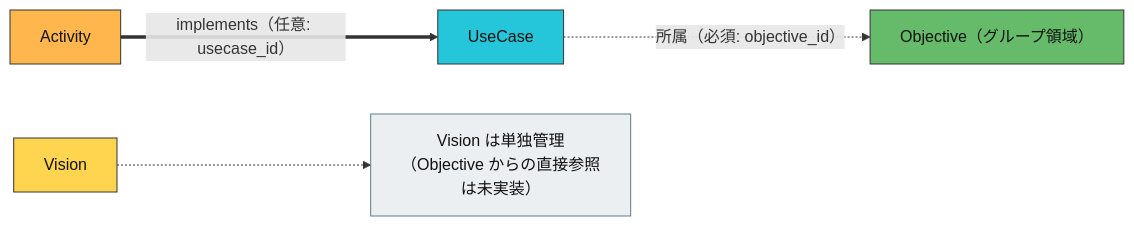
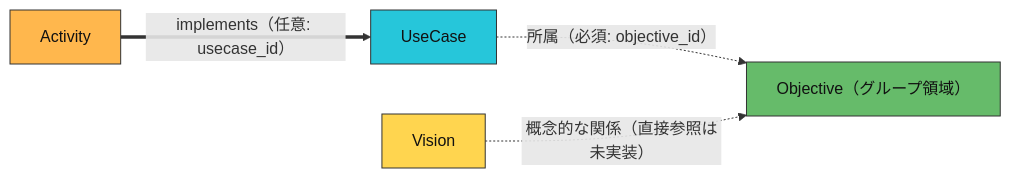
Before and after one commit to biwakonbu/zeus: the diagram in docs/system-design.md, drawn with Mermaid. The commit also changed other lines of this file and 5 other files, not shown here.

````diff
--- a/docs/system-design.md
+++ b/docs/system-design.md
@@ -76,18 +78,16 @@
 ```mermaid
 flowchart LR
   V["Vision"]:::vision
   O["Objective（グループ領域）"]:::objective
   U["UseCase"]:::usecase
   A["Activity"]:::activity
-  N["Vision は単独管理（Objective からの直接参照は未実装）"]:::note
-
   U -.->|"所属（必須: objective_id）"| O
   A ==>|"implements（任意: usecase_id）"| U
-  V -.-> N
+  V -.->|"概念的な関係（直接参照は未実装）"| O
 
   classDef vision fill:#FFD54F,stroke:#333,color:#111;
   classDef objective fill:#66BB6A,stroke:#333,color:#111;
   classDef usecase fill:#26C6DA,stroke:#333,color:#111;
   classDef activity fill:#FFB74D,stroke:#333,color:#111;
   classDef note fill:#ECEFF1,stroke:#607D8B,color:#111;
 ```
````
